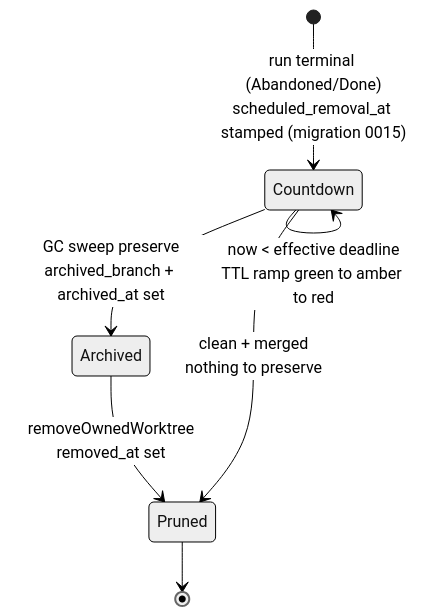
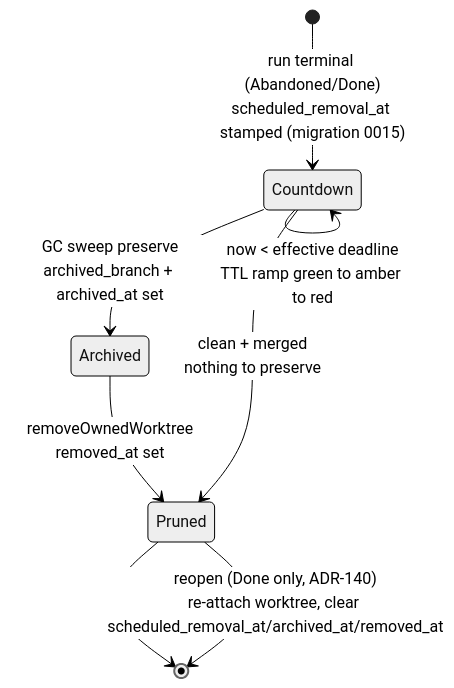
The second of 13 diagrams in docs/system-analytics/workspaces.md (maister-dev/maister), drawn with Mermaid (neutral theme) before and after one commit. The commit also changed other lines of this file and 49 other files, not shown here.

````diff
--- a/docs/system-analytics/workspaces.md
+++ b/docs/system-analytics/workspaces.md
@@ -126,9 +127,10 @@
 ```mermaid
 stateDiagram-v2
     [*] --> Countdown: run terminal (Abandoned/Done)<br/>scheduled_removal_at stamped (migration 0015)
     Countdown --> Countdown: now < effective deadline<br/>TTL ramp green to amber to red
     Countdown --> Archived: GC sweep preserve<br/>archived_branch + archived_at set
     Archived --> Pruned: removeOwnedWorktree<br/>removed_at set
     Countdown --> Pruned: clean + merged<br/>nothing to preserve
     Pruned --> [*]
+    Pruned --> [*]: reopen (Done only, ADR-140)<br/>re-attach worktree, clear scheduled_removal_at/archived_at/removed_at
 ```
````
